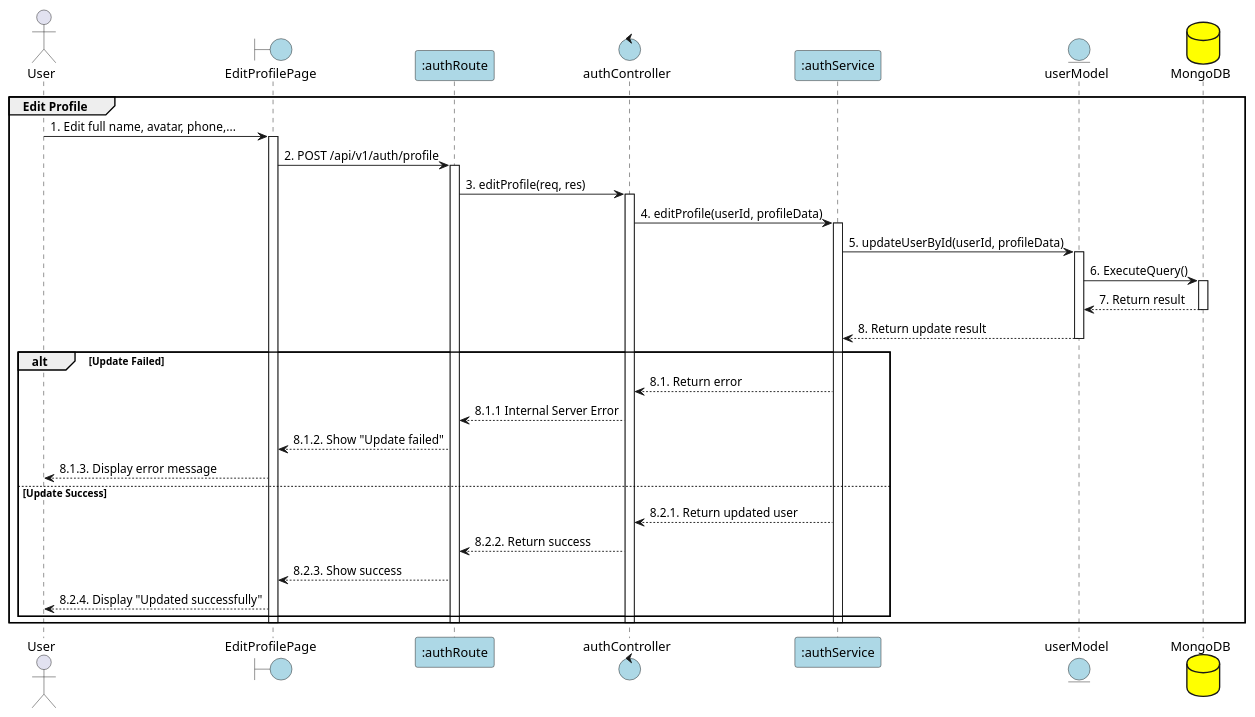
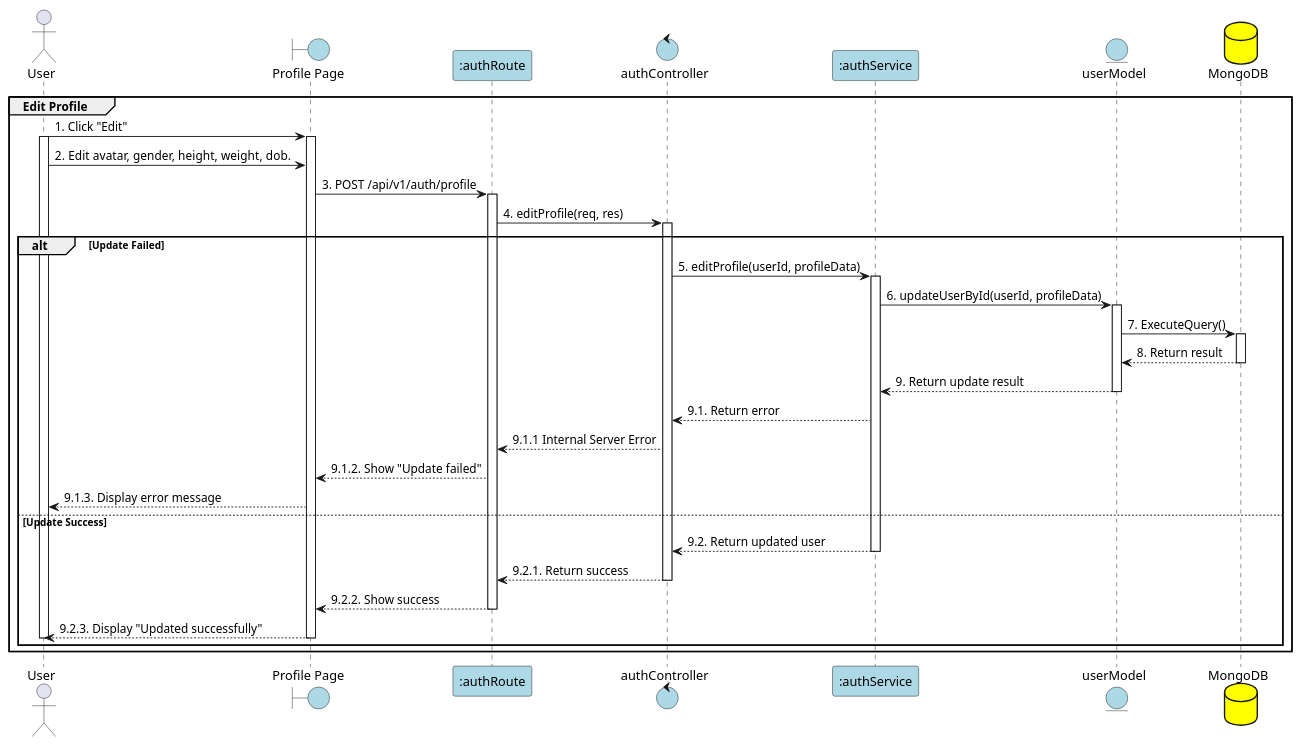
One commit to Aohkne/CaloCook changed the diagram in PlanUML/7_editProfile.puml. Above: the diagram before and after it, drawn with PlantUML. The commit also changed 23 other files, not shown here.

```diff
--- a/PlanUML/7_editProfile.puml
+++ b/PlanUML/7_editProfile.puml
@@ -1,51 +1,56 @@
 @startuml EditProfile
 
 actor User
-boundary "EditProfilePage" as View #lightblue
+boundary "Profile Page" as View #lightblue
 participant ":authRoute" as Route #lightblue
 control "authController" as Controller #lightblue
 participant ":authService" as Service #lightblue
 entity "userModel" as Model #lightblue
 database "MongoDB" as MongoDB #yellow
 
 group Edit Profile
-User -> View: 1. Edit full name, avatar, phone,...
+User -> View: 1. Click "Edit"
 activate View
+activate User
+User -> View: 2. Edit avatar, gender, height, weight, dob.
 
-View -> Route: 2. POST /api/v1/auth/profile
+
+View -> Route: 3. POST /api/v1/auth/profile
 activate Route
 
-Route -> Controller: 3. editProfile(req, res)
+Route -> Controller: 4. editProfile(req, res)
 activate Controller
 
-Controller -> Service: 4. editProfile(userId, profileData)
-activate Service
+alt Update Failed
+    Controller -> Service: 5. editProfile(userId, profileData)
+    activate Service
 
-Service -> Model: 5. updateUserById(userId, profileData)
-activate Model
+    Service -> Model: 6. updateUserById(userId, profileData)
+    activate Model
 
-Model -> MongoDB: 6. ExecuteQuery()
-activate MongoDB
-MongoDB --> Model: 7. Return result
-deactivate MongoDB
+    Model -> MongoDB: 7. ExecuteQuery()
+    activate MongoDB
+    MongoDB --> Model: 8. Return result
+    deactivate MongoDB
 
-Model --> Service: 8. Return update result
-deactivate Model
+    Model --> Service: 9. Return update result
+    deactivate Model
 
-alt Update Failed
-    Service --> Controller: 8.1. Return error
-    Controller --> Route: 8.1.1 Internal Server Error
-    Route --> View: 8.1.2. Show "Update failed"
-    View --> User: 8.1.3. Display error message
+
+    Service --> Controller: 9.1. Return error
+    Controller --> Route: 9.1.1 Internal Server Error
+    Route --> View: 9.1.2. Show "Update failed"
+    View --> User: 9.1.3. Display error message
 else Update Success
-    Service --> Controller: 8.2.1. Return updated user
-    Controller --> Route: 8.2.2. Return success
-    Route --> View: 8.2.3. Show success
-    View --> User: 8.2.4. Display "Updated successfully"
+    Service --> Controller: 9.2. Return updated user
+    deactivate Service
+    Controller --> Route: 9.2.1. Return success
+    deactivate Controller
+    Route --> View: 9.2.2. Show success
+    deactivate Route
+    View --> User: 9.2.3. Display "Updated successfully"
+    deactivate View
+    deactivate User
 end
-deactivate Service
-deactivate Controller
-deactivate Route
-deactivate View
 end
 @enduml
```
